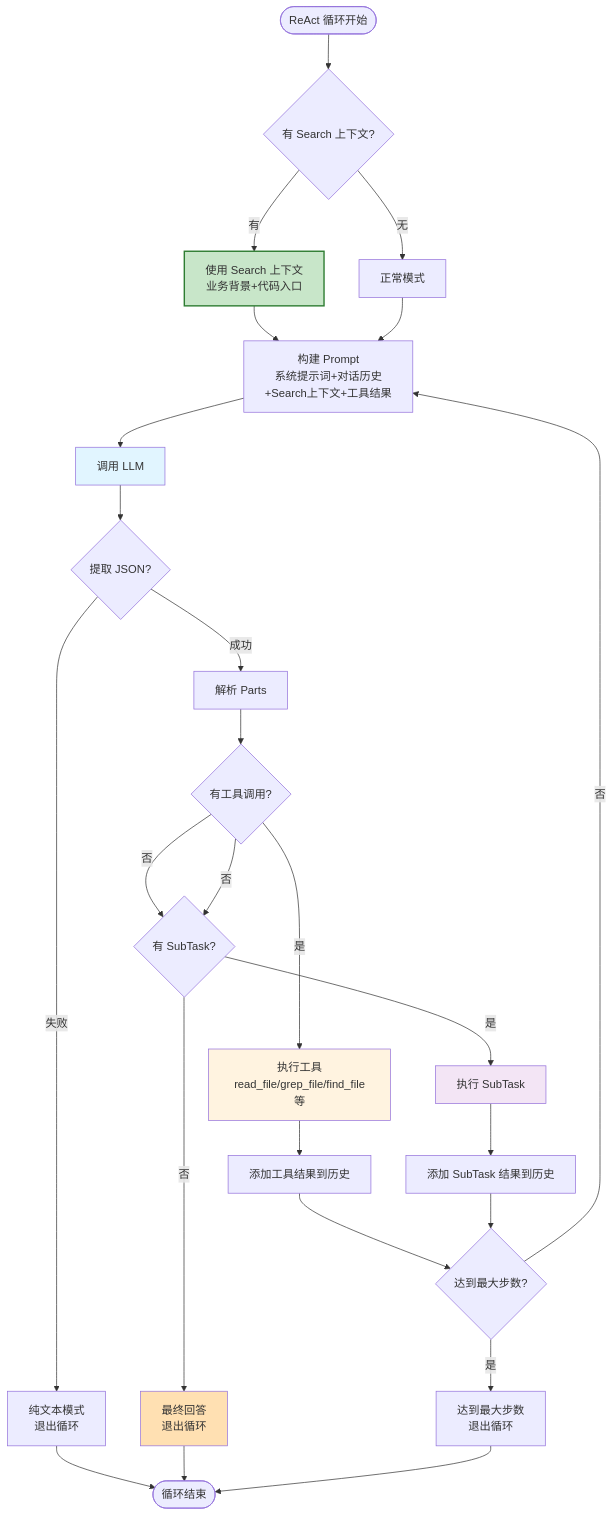
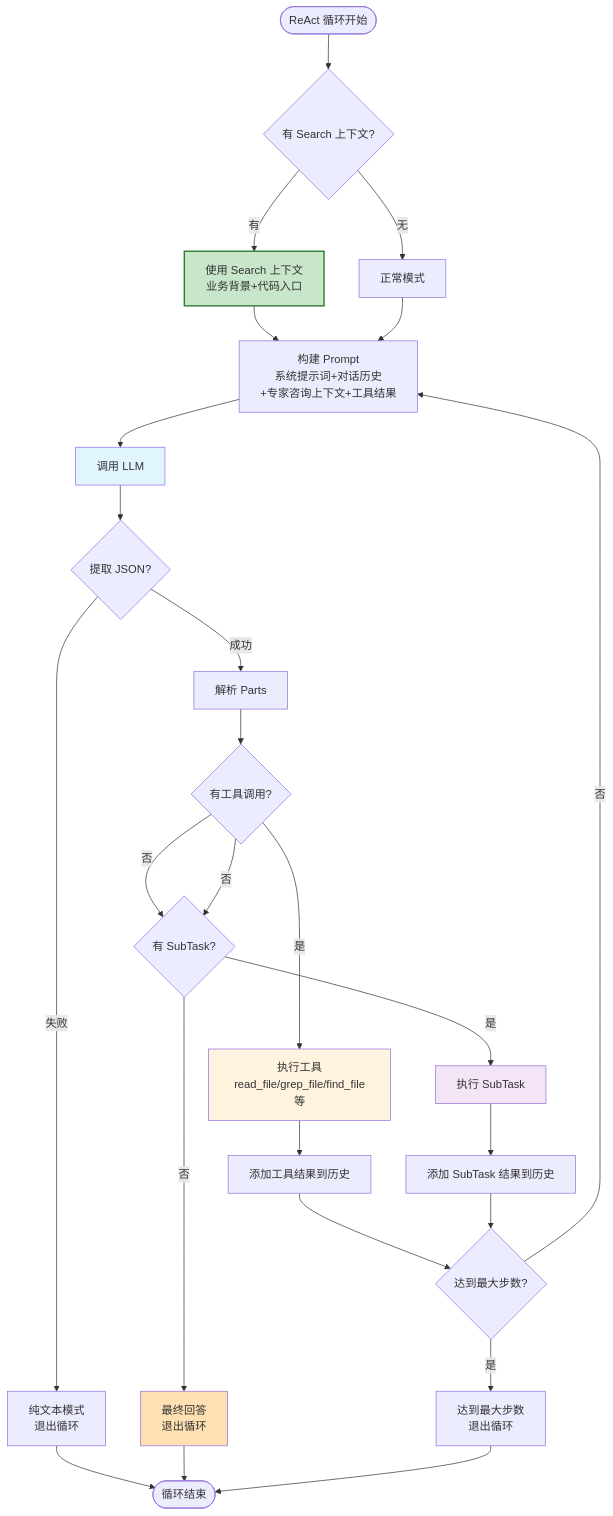
Before and after one commit to smancode/sman: the sixth of 6 diagrams in docs/architecture-flow.md, drawn with Mermaid. The commit also changed other lines of this file and 18 other files, not shown here.

````diff
--- a/docs/architecture-flow.md
+++ b/docs/architecture-flow.md
@@ -287,44 +287,44 @@
 ```mermaid
 flowchart TD
     Start([ReAct 循环开始]) --> CheckContext{有 Search 上下文?}
 
     CheckContext -->|有| UseContext[使用 Search 上下文<br/>业务背景+代码入口]
     CheckContext -->|无| Normal[正常模式]
 
-    UseContext --> BuildPrompt[构建 Prompt<br/>系统提示词+对话历史<br/>+Search上下文+工具结果]
+    UseContext --> BuildPrompt[构建 Prompt<br/>系统提示词+对话历史<br/>+专家咨询上下文+工具结果]
     Normal --> BuildPrompt
 
     BuildPrompt --> CallLLM[调用 LLM]
     CallLLM --> ExtractJSON{提取 JSON?}
 
     ExtractJSON -->|失败| TextMode[纯文本模式<br/>退出循环]
     ExtractJSON -->|成功| ParseParts[解析 Parts]
 
     ParseParts --> CheckTool{有工具调用?}
     CheckTool -->|否| CheckSubTask{有 SubTask?}
 
     CheckTool -->|是| ExecTool[执行工具<br/>read_file/grep_file/find_file等]
     CheckSubTask -->|是| ExecSubTask[执行 SubTask]
 
     ExecTool --> AddToolResult[添加工具结果到历史]
     ExecSubTask --> AddSubTaskResult[添加 SubTask 结果到历史]
 
     AddToolResult --> CheckMaxSteps{达到最大步数?}
     AddSubTaskResult --> CheckMaxSteps
 
     CheckMaxSteps -->|否| BuildPrompt
     CheckMaxSteps -->|是| MaxStepsExit[达到最大步数<br/>退出循环]
 
     CheckTool -->|否| CheckSubTask
     CheckSubTask -->|否| FinalAnswer[最终回答<br/>退出循环]
 
     TextMode --> End([循环结束])
     FinalAnswer --> End
     MaxStepsExit --> End
 
     style UseContext fill:#c8e6c9,stroke:#2e7d32,stroke-width:2px
     style CallLLM fill:#e1f5ff
     style ExecTool fill:#fff3e0
     style ExecSubTask fill:#f3e5f5
     style FinalAnswer fill:#ffe0b2
 ```
````
